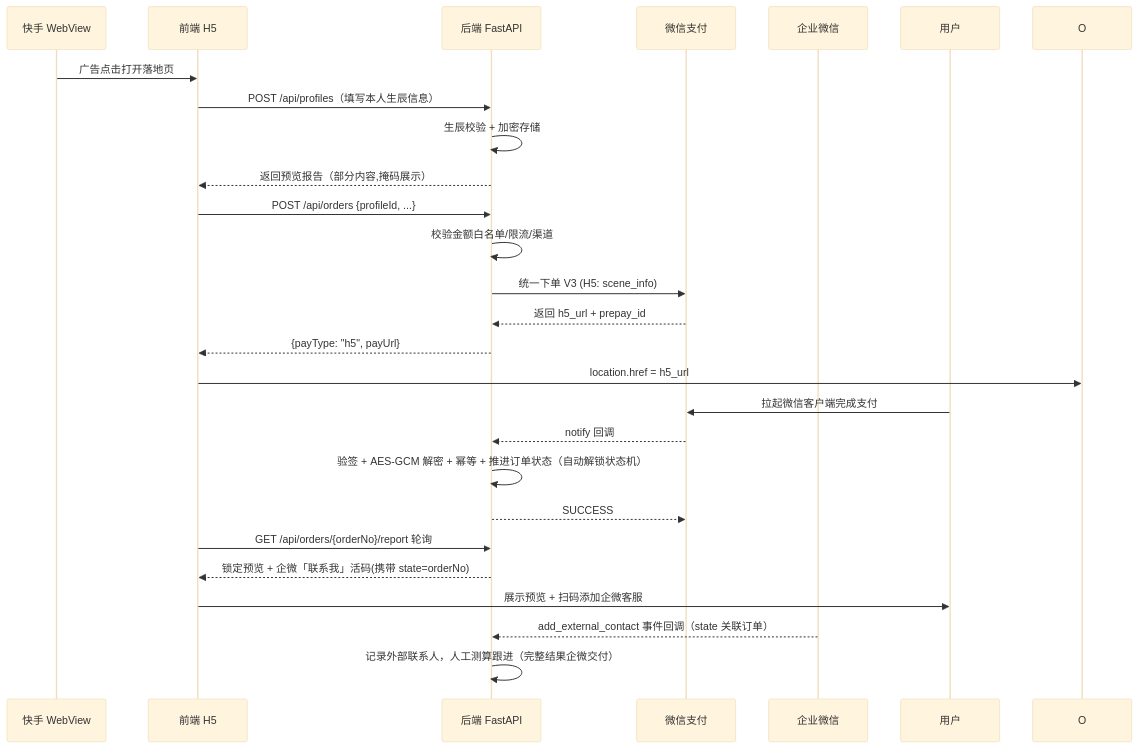
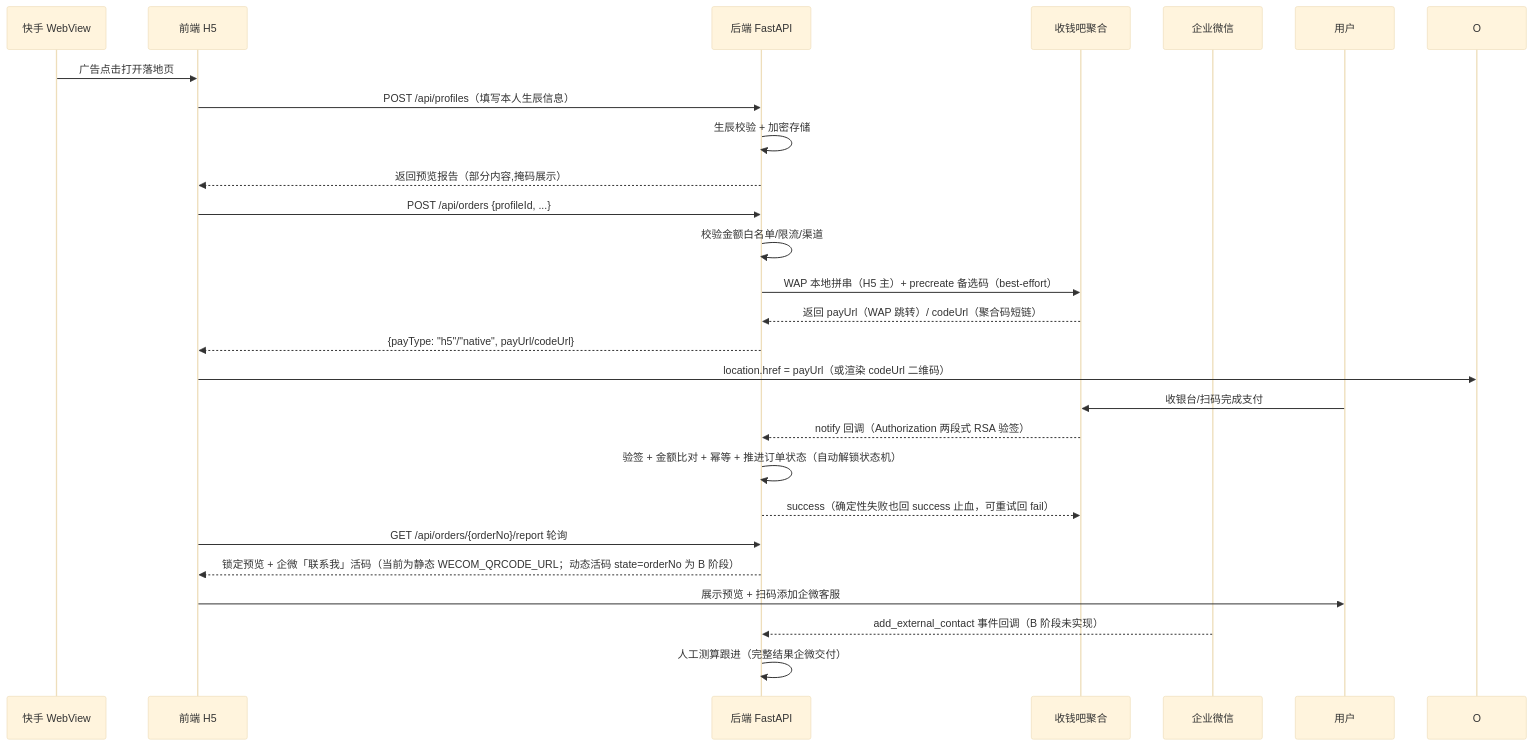
Before and after one commit to LiquorXR/yycs: the third of 5 diagrams in doc/开发文档.md, drawn with Mermaid (base theme). The commit also changed other lines of this file and 28 other files, not shown here.

````diff
--- a/doc/开发文档.md
+++ b/doc/开发文档.md
@@ -83,29 +83,29 @@
 ```mermaid
 sequenceDiagram
     participant K as 快手 WebView
     participant F as 前端 H5
     participant B as 后端 FastAPI
-    participant W as 微信支付
+    participant W as 收钱吧聚合
     participant Q as 企业微信
     participant UX as 用户
 
     K->>F: 广告点击打开落地页
     F->>B: POST /api/profiles（填写本人生辰信息）
     B->>B: 生辰校验 + 加密存储
     B-->>F: 返回预览报告（部分内容,掩码展示）
     F->>B: POST /api/orders {profileId, ...}
     B->>B: 校验金额白名单/限流/渠道
-    B->>W: 统一下单 V3 (H5: scene_info)
-    W-->>B: 返回 h5_url + prepay_id
-    B-->>F: {payType: "h5", payUrl}
-    F->>O: location.href = h5_url
-    UX->>W: 拉起微信客户端完成支付
-    W-->>B: notify 回调
-    B->>B: 验签 + AES-GCM 解密 + 幂等 + 推进订单状态（自动解锁状态机）
-    B-->>W: SUCCESS
+    B->>W: WAP 本地拼串（H5 主）+ precreate 备选码（best-effort）
+    W-->>B: 返回 payUrl（WAP 跳转）/ codeUrl（聚合码短链）
+    B-->>F: {payType: "h5"/"native", payUrl/codeUrl}
+    F->>O: location.href = payUrl（或渲染 codeUrl 二维码）
+    UX->>W: 收银台/扫码完成支付
+    W-->>B: notify 回调（Authorization 两段式 RSA 验签）
+    B->>B: 验签 + 金额比对 + 幂等 + 推进订单状态（自动解锁状态机）
+    B-->>W: success（确定性失败也回 success 止血，可重试回 fail）
     F->>B: GET /api/orders/{orderNo}/report 轮询
-    B-->>F: 锁定预览 + 企微「联系我」活码(携带 state=orderNo)
+    B-->>F: 锁定预览 + 企微「联系我」活码（当前为静态 WECOM_QRCODE_URL；动态活码 state=orderNo 为 B 阶段）
     F->>UX: 展示预览 + 扫码添加企微客服
-    Q-->>B: add_external_contact 事件回调（state 关联订单）
-    B->>B: 记录外部联系人，人工测算跟进（完整结果企微交付）
+    Q-->>B: add_external_contact 事件回调（B 阶段未实现）
+    B->>B: 人工测算跟进（完整结果企微交付）
 ```
````
